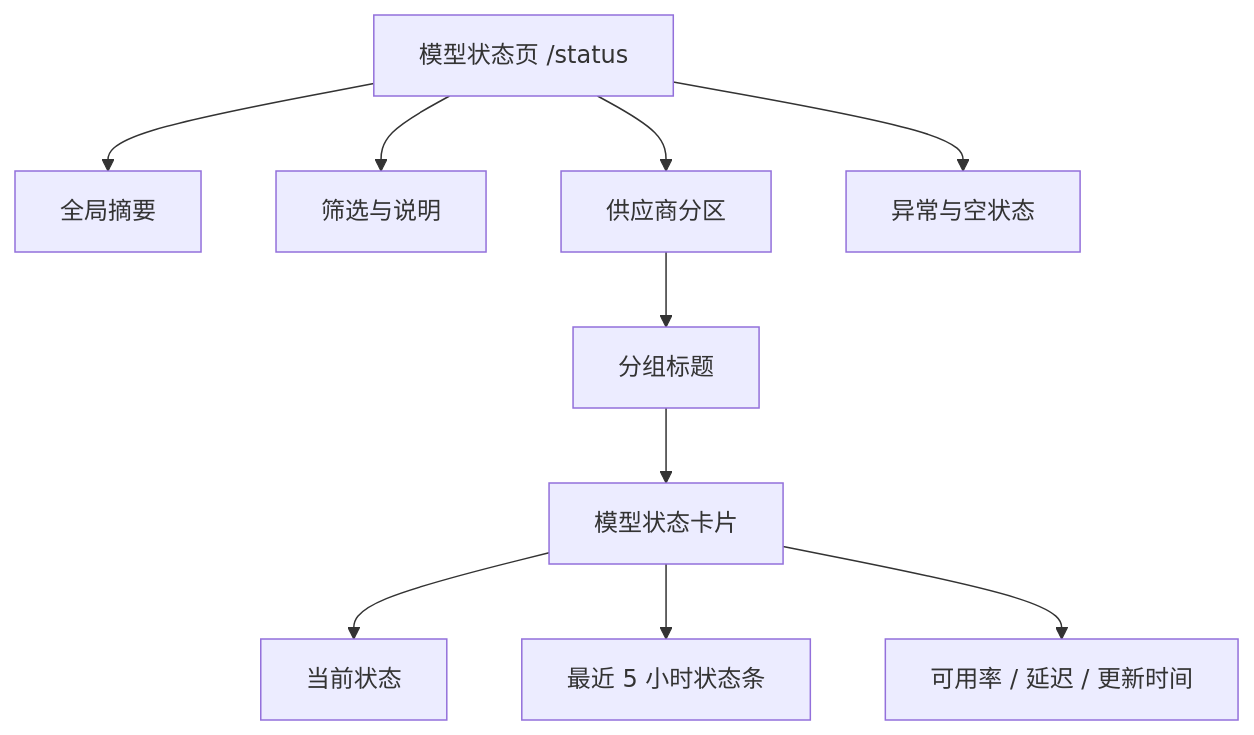
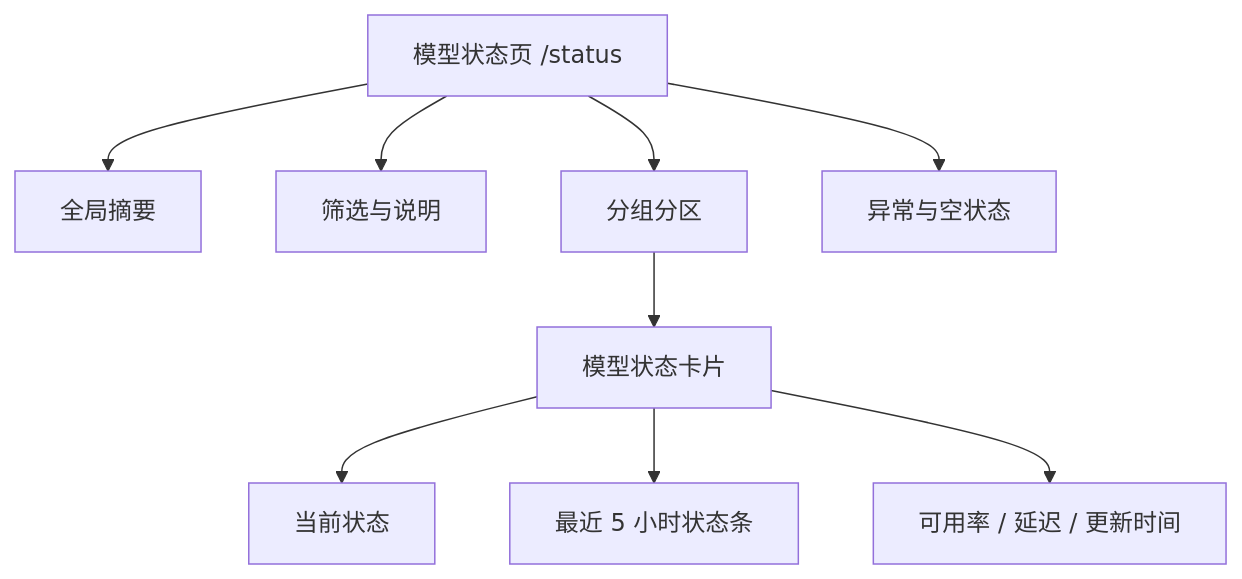
The diagram in docs/channel/model-status-page-design.md (QuantumNous/new-api), drawn with Mermaid before and after one commit. The commit also changed other lines of this file and 1 other file, not shown here.

````diff
--- a/docs/channel/model-status-page-design.md
+++ b/docs/channel/model-status-page-design.md
@@ -69,12 +71,11 @@
 ```mermaid
 flowchart TD
   A["模型状态页 /status"] --> B["全局摘要"]
   A --> C["筛选与说明"]
-  A --> D["供应商分区"]
-  D --> E["分组标题"]
-  E --> F["模型状态卡片"]
-  F --> G["当前状态"]
-  F --> H["最近 5 小时状态条"]
-  F --> I["可用率 / 延迟 / 更新时间"]
+  A --> D["分组分区"]
+  D --> E["模型状态卡片"]
+  E --> F["当前状态"]
+  E --> G["最近 5 小时状态条"]
+  E --> H["可用率 / 延迟 / 更新时间"]
   A --> J["异常与空状态"]
 ```
````
